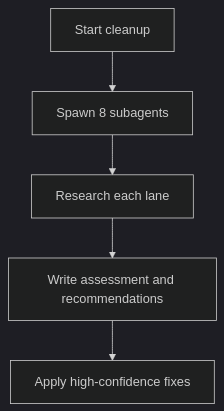
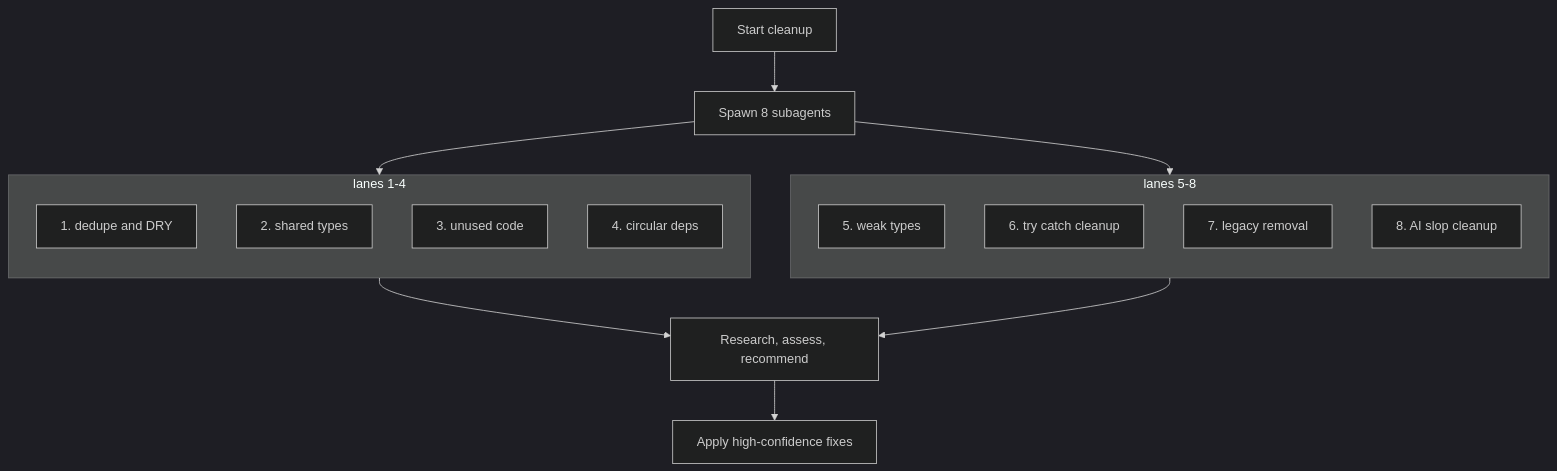
The diagram in README.md (jasperdevs/slop-cleanup), drawn with Mermaid (dark theme) before and after one commit.

Commit message:
Balance README diagram with 8 lanes

````diff
--- a/README.md
+++ b/README.md
@@ -13,7 +13,26 @@
 ```mermaid
 flowchart TD
     A[Start cleanup] --> B[Spawn 8 subagents]
-    B --> C[Research each lane]
-    C --> D[Write assessment and recommendations]
-    D --> E[Apply high-confidence fixes]
+    B --> L
+    B --> R
+
+    subgraph L[lanes 1-4]
+        direction TB
+        L1[1. dedupe and DRY]
+        L2[2. shared types]
+        L3[3. unused code]
+        L4[4. circular deps]
+    end
+
+    subgraph R[lanes 5-8]
+        direction TB
+        R1[5. weak types]
+        R2[6. try catch cleanup]
+        R3[7. legacy removal]
+        R4[8. AI slop cleanup]
+    end
+
+    L --> C[Research, assess, recommend]
+    R --> C
+    C --> D[Apply high-confidence fixes]
 ```
````
